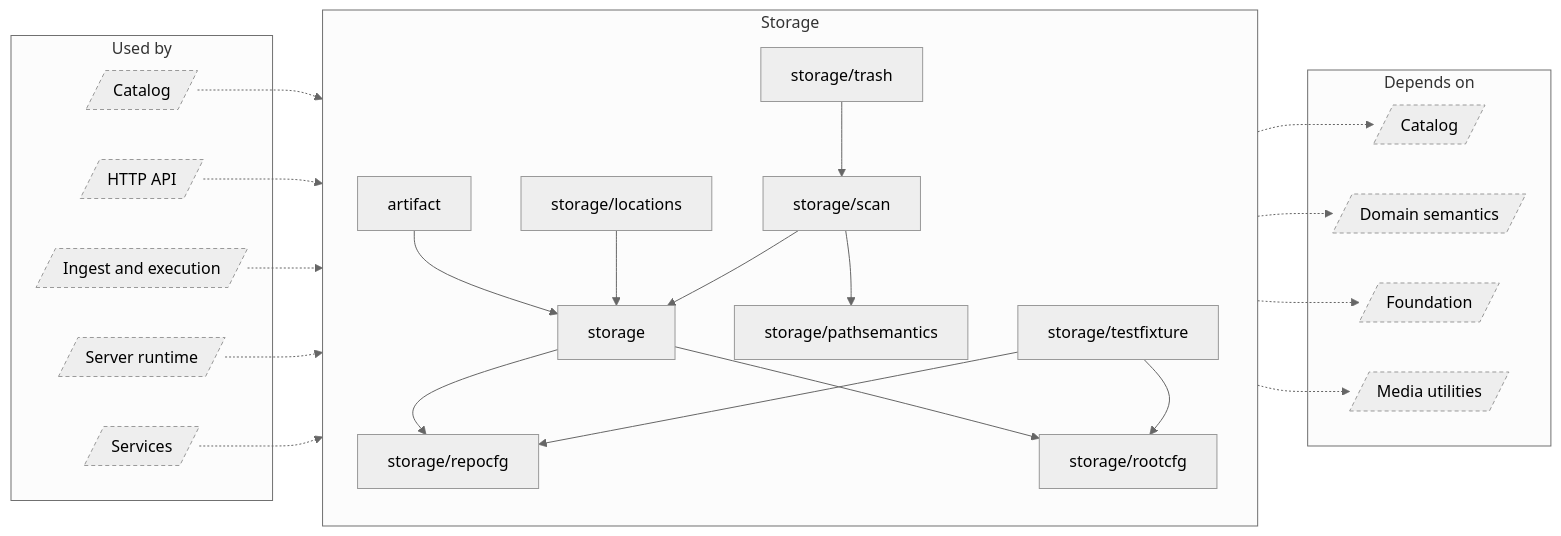
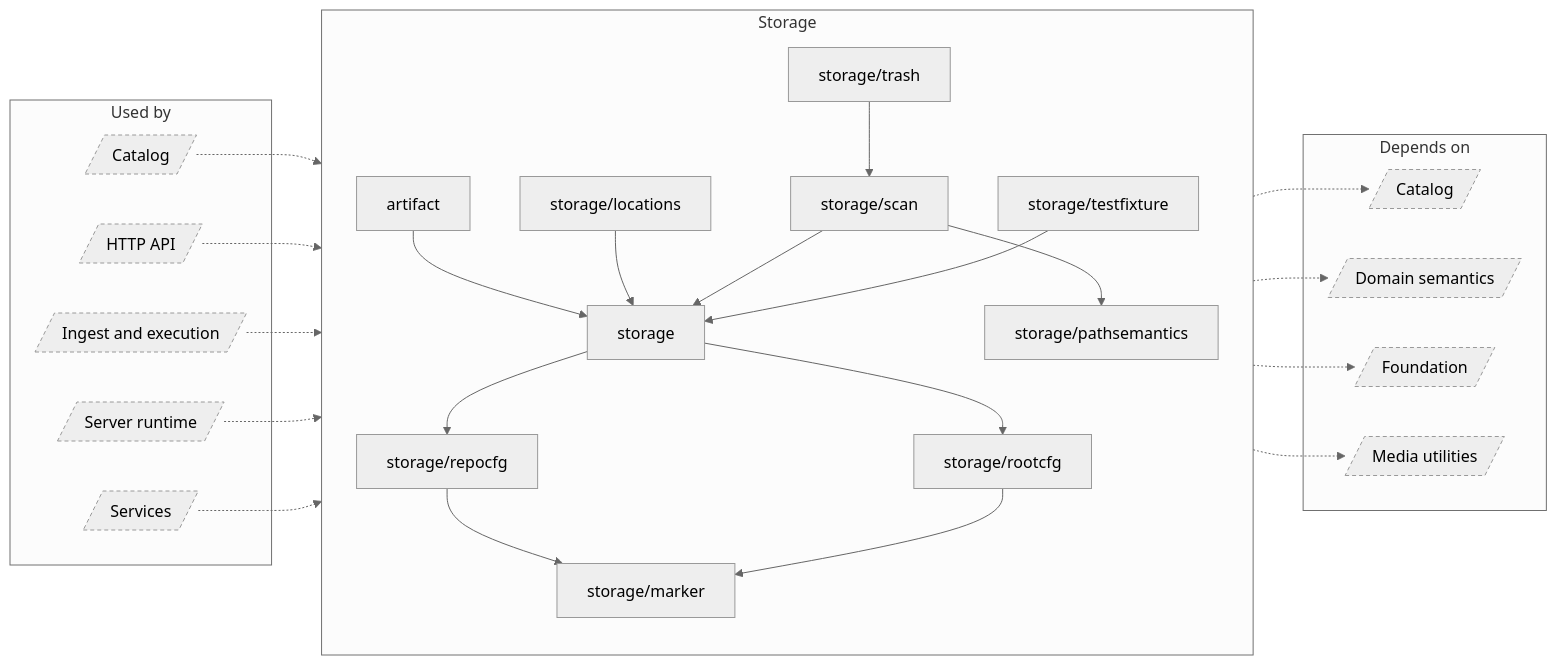
One commit to EdwinZhanCN/Lumilio-Photos changed the diagram in docs/atlas/generated/architecture/group-storage.md. Above: the diagram before and after it, drawn with Mermaid (neutral theme). The commit also changed other lines of this file and 40 other files, not shown here.

````diff
--- a/docs/atlas/generated/architecture/group-storage.md
+++ b/docs/atlas/generated/architecture/group-storage.md
@@ -9,47 +9,49 @@
 ```mermaid
 flowchart LR
     subgraph n_g_Used_by["Used by"]
         n_in_catalog[/"Catalog"/]
         n_in_http[/"HTTP API"/]
         n_in_ingest[/"Ingest and execution"/]
         n_in_runtime[/"Server runtime"/]
         n_in_service[/"Services"/]
     end
     subgraph n_g_Storage["Storage"]
         n_server_internal_artifact["artifact"]
         n_server_internal_storage["storage"]
         n_server_internal_storage_locations["storage/locations"]
+        n_server_internal_storage_marker["storage/marker"]
         n_server_internal_storage_pathsemantics["storage/pathsemantics"]
         n_server_internal_storage_repocfg["storage/repocfg"]
         n_server_internal_storage_rootcfg["storage/rootcfg"]
         n_server_internal_storage_scan["storage/scan"]
         n_server_internal_storage_testfixture["storage/testfixture"]
         n_server_internal_storage_trash["storage/trash"]
     end
     subgraph n_g_Depends_on["Depends on"]
         n_out_catalog[/"Catalog"/]
         n_out_domain[/"Domain semantics"/]
         n_out_foundation[/"Foundation"/]
         n_out_media[/"Media utilities"/]
     end
     n_in_catalog -.-> n_g_Storage
     n_in_http -.-> n_g_Storage
     n_in_ingest -.-> n_g_Storage
     n_in_runtime -.-> n_g_Storage
     n_in_service -.-> n_g_Storage
     n_server_internal_artifact --> n_server_internal_storage
     n_server_internal_storage --> n_server_internal_storage_repocfg
     n_server_internal_storage --> n_server_internal_storage_rootcfg
     n_server_internal_storage_locations --> n_server_internal_storage
+    n_server_internal_storage_repocfg --> n_server_internal_storage_marker
+    n_server_internal_storage_rootcfg --> n_server_internal_storage_marker
     n_server_internal_storage_scan --> n_server_internal_storage
     n_server_internal_storage_scan --> n_server_internal_storage_pathsemantics
-    n_server_internal_storage_testfixture --> n_server_internal_storage_repocfg
-    n_server_internal_storage_testfixture --> n_server_internal_storage_rootcfg
+    n_server_internal_storage_testfixture --> n_server_internal_storage
     n_server_internal_storage_trash --> n_server_internal_storage_scan
     n_g_Storage -.-> n_out_catalog
     n_g_Storage -.-> n_out_domain
     n_g_Storage -.-> n_out_foundation
     n_g_Storage -.-> n_out_media
     classDef external stroke-dasharray:4 3
     class n_in_catalog,n_in_http,n_in_ingest,n_in_runtime,n_in_service,n_out_catalog,n_out_domain,n_out_foundation,n_out_media external
 ```
````
